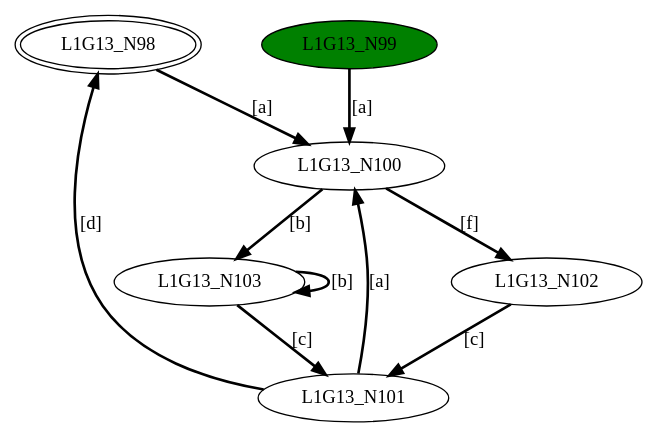
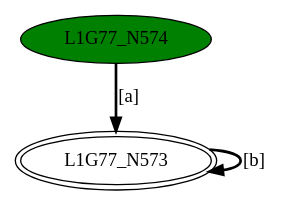
Before and after one commit to GDimitroulakos/EDUFLEX: the diagram in DFASimulator/Testbench/minimizedDFA1.dot, drawn with Graphviz. The commit also changed 192 other files, not shown here.

```diff
--- a/DFASimulator/Testbench/minimizedDFA1.dot
+++ b/DFASimulator/Testbench/minimizedDFA1.dot
@@ -1,17 +1,6 @@
-digraph G13{
-"L1G13_N98" [peripheries=2];
-"L1G13_N99" [style=filled,fillcolor=green];
-"L1G13_N100";
-"L1G13_N101";
-"L1G13_N102";
-"L1G13_N103";
-"L1G13_N98"->"L1G13_N100" [style = bold, label = "[a]"];
-"L1G13_N99"->"L1G13_N100" [style = bold, label = "[a]"];
-"L1G13_N100"->"L1G13_N102" [style = bold, label = "[f]"];
-"L1G13_N100"->"L1G13_N103" [style = bold, label = "[b]"];
-"L1G13_N101"->"L1G13_N98" [style = bold, label = "[d]"];
-"L1G13_N101"->"L1G13_N100" [style = bold, label = "[a]"];
-"L1G13_N102"->"L1G13_N101" [style = bold, label = "[c]"];
-"L1G13_N103"->"L1G13_N101" [style = bold, label = "[c]"];
-"L1G13_N103"->"L1G13_N103" [style = bold, label = "[b]"];
+digraph G77{
+"L1G77_N573" [peripheries=2];
+"L1G77_N574" [style=filled,fillcolor=green];
+"L1G77_N573"->"L1G77_N573" [style = bold, label = "[b]"];
+"L1G77_N574"->"L1G77_N573" [style = bold, label = "[a]"];
 }
```
